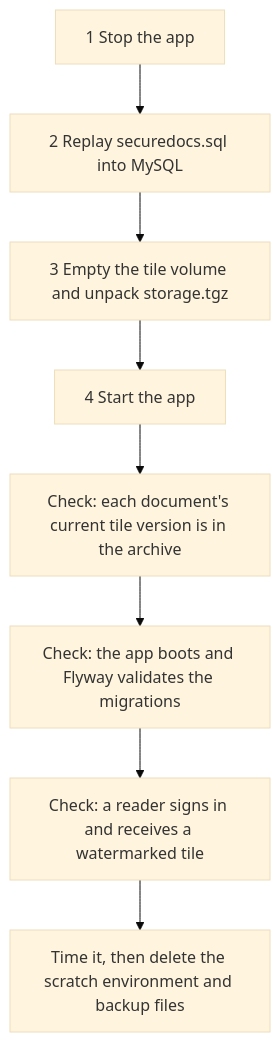
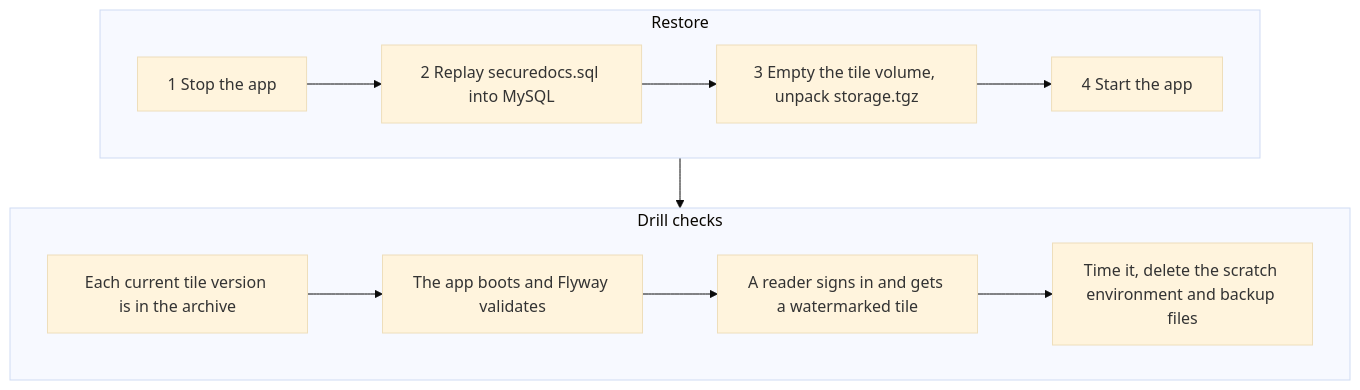
Before and after one commit to Sriram-Codes-SW/secure-doc-viewer: the second of 2 diagrams in book/part-5-production/34-backups-and-operations.md, drawn with Mermaid (base theme). The commit also changed other lines of this file and 59 other files, not shown here.

Commit message:
Book: round 2 fixes (Ch 40/41 trim and Figure 41.5, wide diagrams, glossary bolding, star labels, EPUB metadata, contrast theme)

````diff
--- a/book/part-5-production/34-backups-and-operations.md
+++ b/book/part-5-production/34-backups-and-operations.md
@@ -164,10 +164,12 @@
 ```mermaid
 flowchart TB
-    S1["1 Stop the app"] --> S2["2 Replay securedocs.sql into MySQL"]
-    S2 --> S3["3 Empty the tile volume and unpack storage.tgz"]
-    S3 --> S4["4 Start the app"]
-    S4 --> C1["Check: each document's current tile version is in the archive"]
-    C1 --> C2["Check: the app boots and Flyway validates the migrations"]
-    C2 --> C3["Check: a reader signs in and receives a watermarked tile"]
-    C3 --> C4["Time it, then delete the scratch environment and backup files"]
+    subgraph R["Restore"]
+        direction LR
+        S1["1 Stop the app"] --> S2["2 Replay securedocs.sql into MySQL"] --> S3["3 Empty the tile volume, unpack storage.tgz"] --> S4["4 Start the app"]
+    end
+    subgraph D["Drill checks"]
+        direction LR
+        C1["Each current tile version is in the archive"] --> C2["The app boots and Flyway validates"] --> C3["A reader signs in and gets a watermarked tile"] --> C4["Time it, delete the scratch environment and backup files"]
+    end
+    R --> D
 ```
````
